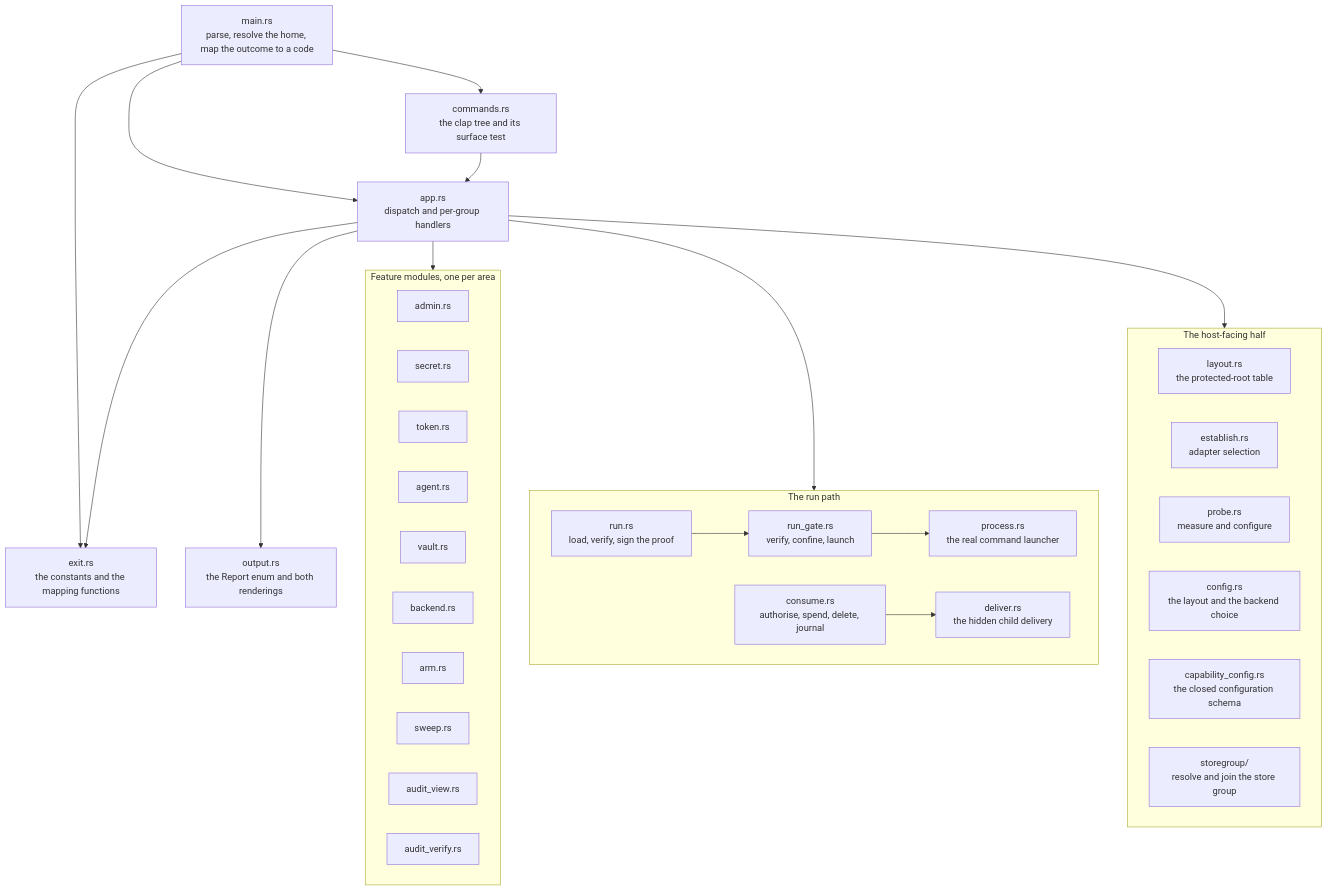
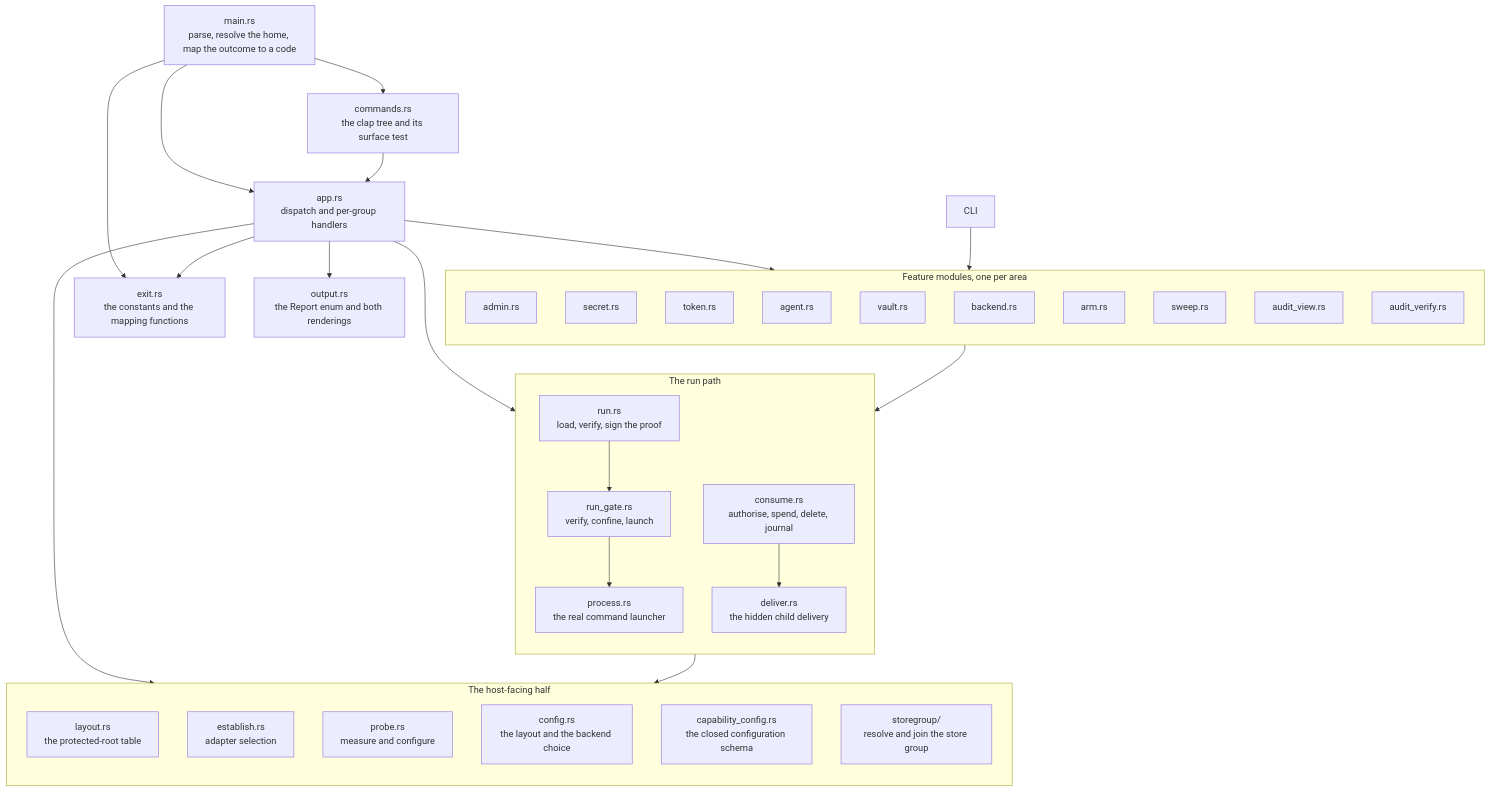
One commit to bruj0/keyspout changed the first of 5 diagrams in site/docs/components/ksp-cli.md. Above: the diagram before and after it, drawn with Mermaid. The commit also changed other lines of this file and 15 other files, not shown here.

First line of the commit message:
feat(site): zoom every diagram, and make the wide ones vertical

````diff
--- a/site/docs/components/ksp-cli.md
+++ b/site/docs/components/ksp-cli.md
@@ -39,52 +39,58 @@
 ```mermaid
 graph TB
   MAIN["main.rs<br/>parse, resolve the home, map the outcome to a code"]
   COMMANDS["commands.rs<br/>the clap tree and its surface test"]
   APP["app.rs<br/>dispatch and per-group handlers"]
   EXIT["exit.rs<br/>the constants and the mapping functions"]
 
   subgraph Feature["Feature modules, one per area"]
+      direction TB
     ADMIN["admin.rs"]
     SECRET["secret.rs"]
     TOKEN["token.rs"]
     AGENT["agent.rs"]
     VAULT["vault.rs"]
     BACKEND["backend.rs"]
     ARM["arm.rs"]
     SWEEP["sweep.rs"]
     AUDITV["audit_view.rs"]
     AUDITV2["audit_verify.rs"]
   end
 
   subgraph Runpath["The run path"]
+      direction TB
     RUN["run.rs<br/>load, verify, sign the proof"]
     GATE["run_gate.rs<br/>verify, confine, launch"]
     CONSUME["consume.rs<br/>authorise, spend, delete, journal"]
     DELIVER["deliver.rs<br/>the hidden child delivery"]
     PROCESS["process.rs<br/>the real command launcher"]
   end
 
   subgraph Host["The host-facing half"]
+      direction TB
     LAYOUT["layout.rs<br/>the protected-root table"]
     ESTABLISH["establish.rs<br/>adapter selection"]
     PROBE["probe.rs<br/>measure and configure"]
     CONFIG["config.rs<br/>the layout and the backend choice"]
     CAPCFG["capability_config.rs<br/>the closed configuration schema"]
     STOREGRP["storegroup/<br/>resolve and join the store group"]
   end
 
   OUTPUT["output.rs<br/>the Report enum and both renderings"]
 
   MAIN --> COMMANDS
   MAIN --> APP
   MAIN --> EXIT
   COMMANDS --> APP
   APP --> EXIT
   APP --> OUTPUT
   APP --> Feature
   APP --> Runpath
   APP --> Host
   RUN --> GATE
   GATE --> PROCESS
   CONSUME --> DELIVER
+  CLI --> Feature
+  Feature --> Runpath
+  Runpath --> Host
 ```
````
